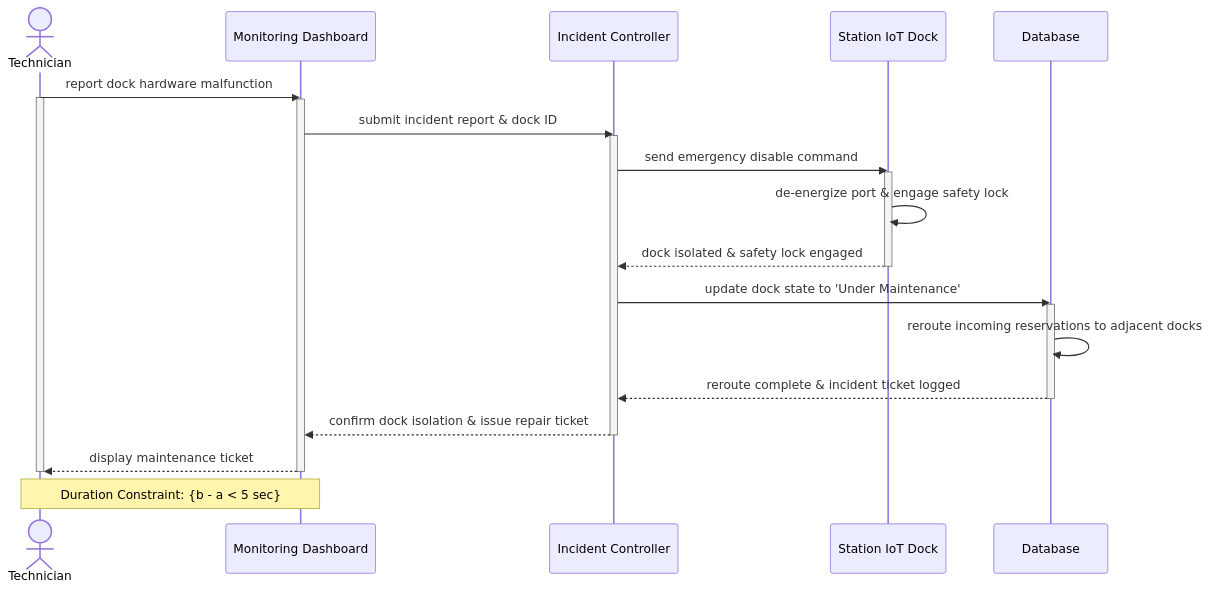
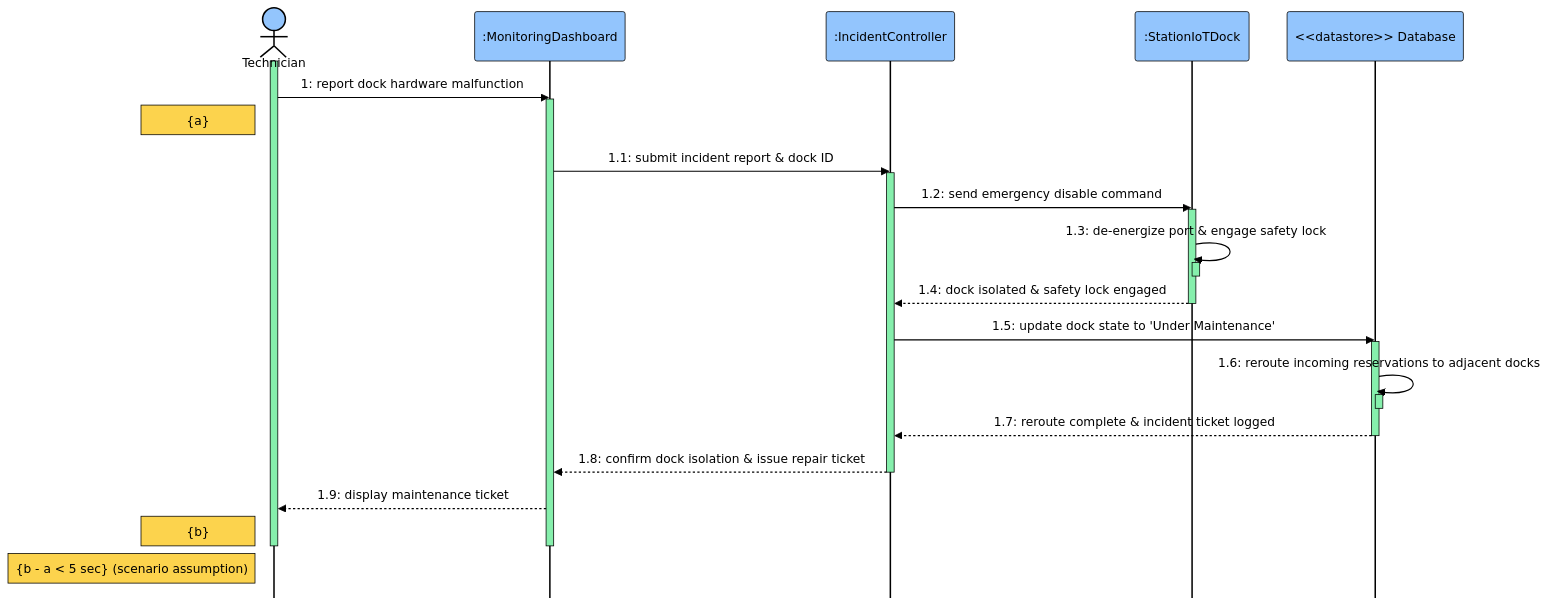
Before and after one commit to YdtTran/software-engineerning: diagram 12 of 14 in 01_Diagram/02_Sequence_Diagram/PLANTUML_SEQUENCE.md, drawn with Mermaid. The commit also changed other lines of this file and 217 other files, not shown here.

````diff
--- a/01_Diagram/02_Sequence_Diagram/PLANTUML_SEQUENCE.md
+++ b/01_Diagram/02_Sequence_Diagram/PLANTUML_SEQUENCE.md
@@ -577,30 +631,36 @@
 ```mermaid
-sequenceDiagram
-    actor Tech as Technician
-    participant Dash as Monitoring Dashboard
-    participant Ctrl as Incident Controller
-    participant Dock as Station IoT Dock
-    participant DB as Database
-
-    Tech->>Dash: report dock hardware malfunction
-    activate Tech
-    activate Dash
-    Dash->>Ctrl: submit incident report & dock ID
-    activate Ctrl
-    Ctrl->>Dock: send emergency disable command
-    activate Dock
-    Dock->>Dock: de-energize port & engage safety lock
-    Dock-->>Ctrl: dock isolated & safety lock engaged
-    deactivate Dock
-    Ctrl->>DB: update dock state to 'Under Maintenance'
-    activate DB
-    DB->>DB: reroute incoming reservations to adjacent docks
-    DB-->>Ctrl: reroute complete & incident ticket logged
-    deactivate DB
-    Ctrl-->>Dash: confirm dock isolation & issue repair ticket
-    deactivate Ctrl
-    Dash-->>Tech: display maintenance ticket #INC-892
-    deactivate Dash
-    deactivate Tech
-    Note over Tech,Dash: Duration Constraint: {b - a < 5 sec}
+%%{init: {"theme":"base","fontFamily":"Segoe UI","themeVariables":{"fontSize":"16px","textColor":"#000000","primaryTextColor":"#000000","actorTextColor":"#000000","signalTextColor":"#000000","noteTextColor":"#000000","labelTextColor":"#000000","loopTextColor":"#000000","actorBkg":"#93c5fd","actorBorder":"#000000","activationBkgColor":"#86efac","activationBorderColor":"#000000","noteBkgColor":"#fcd34d","noteBorderColor":"#000000","labelBoxBorderColor":"#000000","labelBoxBkgColor":"#93c5fd","background":"#ffffff"},"sequence":{"actorFontSize":18,"messageFontSize":16,"noteFontSize":14,"mirrorActors":false}}}%%
+    sequenceDiagram
+        actor P0 as Technician
+        participant P1 as :MonitoringDashboard
+        participant P2 as :IncidentController
+        participant P3 as :StationIoTDock
+        participant P4 as <<datastore>> Database
+    activate P0
+    P0->>P1: 1: report dock hardware malfunction
+    activate P1
+    Note left of P0: {a}
+    P1->>P2: 1.1: submit incident report & dock ID
+    activate P2
+    P2->>P3: 1.2: send emergency disable command
+    activate P3
+    P3->>P3: 1.3: de-energize port & engage safety lock
+    activate P3
+    deactivate P3
+    P3-->>P2: 1.4: dock isolated & safety lock engaged
+    deactivate P3
+    P2->>P4: 1.5: update dock state to 'Under Maintenance'
+    activate P4
+    P4->>P4: 1.6: reroute incoming reservations to adjacent docks
+    activate P4
+    deactivate P4
+    P4-->>P2: 1.7: reroute complete & incident ticket logged
+    deactivate P4
+    P2-->>P1: 1.8: confirm dock isolation & issue repair ticket
+    deactivate P2
+    P1-->>P0: 1.9: display maintenance ticket #INC-892
+    Note left of P0: {b}
+    deactivate P0
+    deactivate P1
+    Note left of P0: {b - a < 5 sec} (scenario assumption)
 ```
````
